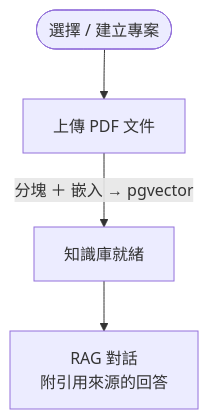
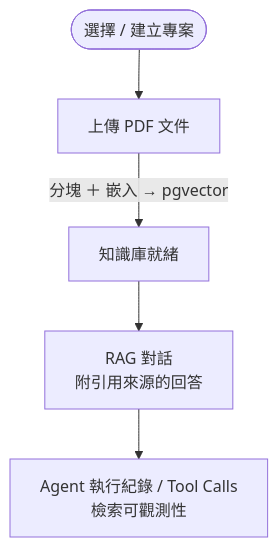
One commit to Jiaaaaaaak/OpsKnowledge-agent-lite changed the diagram in docs/PRD.zh-TW.md. Above: the diagram before and after it, drawn with Mermaid. The commit also changed other lines of this file and 7 other files, not shown here.

````diff
--- a/docs/PRD.zh-TW.md
+++ b/docs/PRD.zh-TW.md
@@ -115,6 +97,7 @@
 ```mermaid
 flowchart TD
     P([選擇 / 建立專案]) --> UP["上傳 PDF 文件"]
     UP -->|"分塊 ＋ 嵌入 → pgvector"| IDX["知識庫就緒"]
     IDX --> ASK["RAG 對話<br/>附引用來源的回答"]
+    ASK --> OBS["Agent 執行紀錄 / Tool Calls<br/>檢索可觀測性"]
 ```
````
